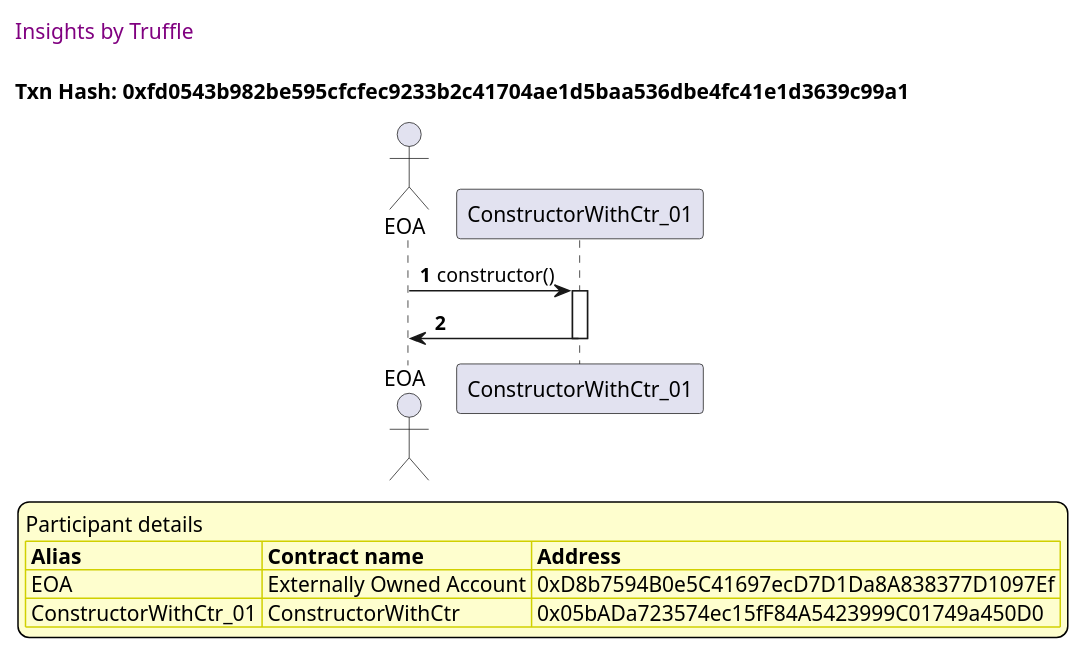
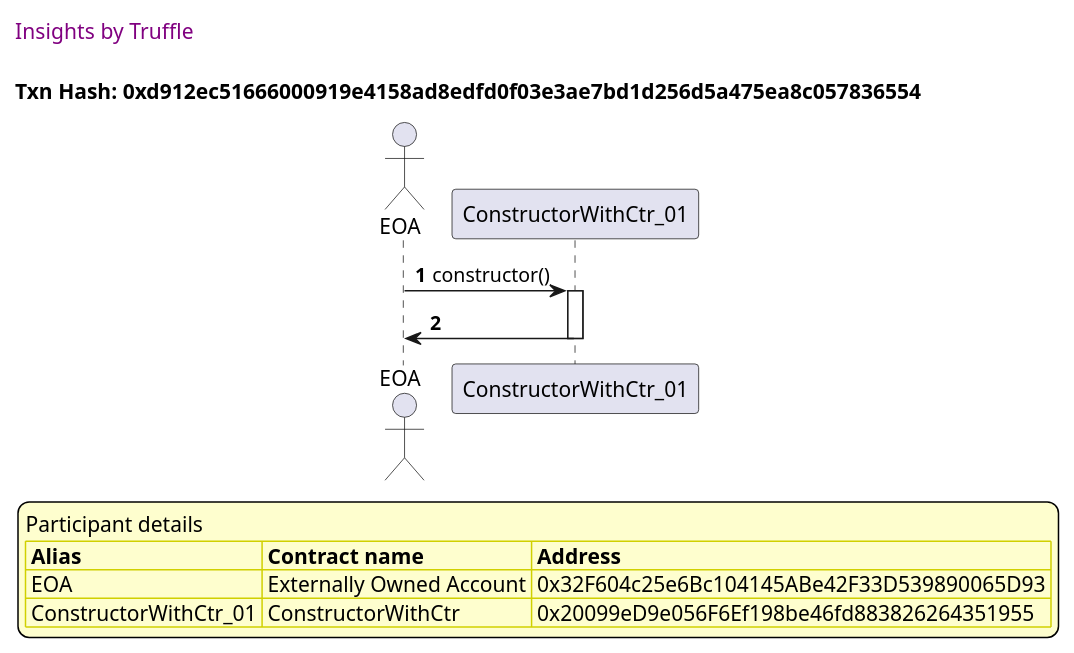
The second of 6 diagrams in truffle-seq/constructor.test.md (trufflesuite/txlog-seedlings), drawn with PlantUML before and after one commit. The commit also changed other lines of this file and 8 other files, not shown here.

````diff
--- a/truffle-seq/constructor.test.md
+++ b/truffle-seq/constructor.test.md
@@ -61,37 +61,37 @@
 ```plantuml
 
 
 @startuml
 
 autonumber
 skinparam legendBackgroundColor #FEFECE
 
 <style>
       header {
         HorizontalAlignment left
         FontColor purple
         FontSize 14
         Padding 10
       }
     </style>
 
 header Insights by Truffle
 
-title Txn Hash: 0xfd0543b982be595cfcfec9233b2c41704ae1d5baa536dbe4fc41e1d3639c99a1
+title Txn Hash: 0xd912ec51666000919e4158ad8edfd0f03e3ae7bd1d256d5a475ea8c057836554
 
 
 actor EOA as "EOA"
 participant ConstructorWithCtr_01 as "ConstructorWithCtr_01"
 
 "EOA" -> "ConstructorWithCtr_01" ++: constructor()
 "ConstructorWithCtr_01" -> "EOA" --: 
 
 legend
 Participant details
 <#FEFECE,#D0D000>|= Alias |= Contract name |= Address |
-<#FEFECE>| EOA | Externally Owned Account | 0xD8b7594B0e5C41697ecD7D1Da8A838377D1097Ef |
-<#FEFECE>| ConstructorWithCtr_01 | ConstructorWithCtr | 0x05bADa723574ec15fF84A5423999C01749a450D0 |
+<#FEFECE>| EOA | Externally Owned Account | 0x32F604c25e6Bc104145ABe42F33D539890065D93 |
+<#FEFECE>| ConstructorWithCtr_01 | ConstructorWithCtr | 0x20099eD9e056F6Ef198be46fd883826264351955 |
 endlegend
 
 @enduml
 ```
````
